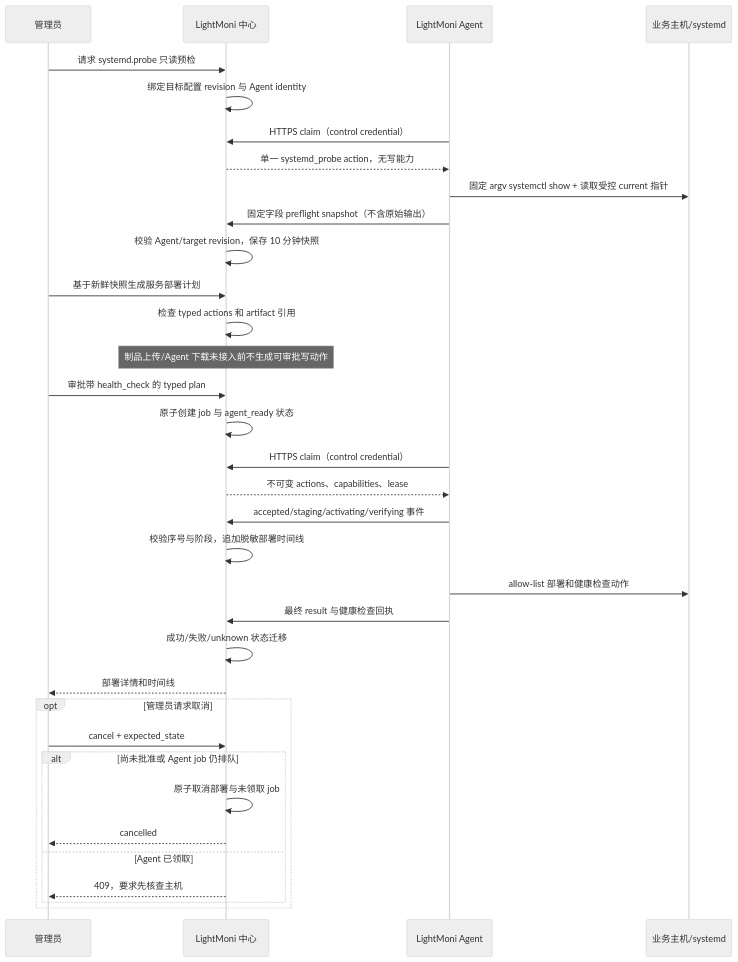
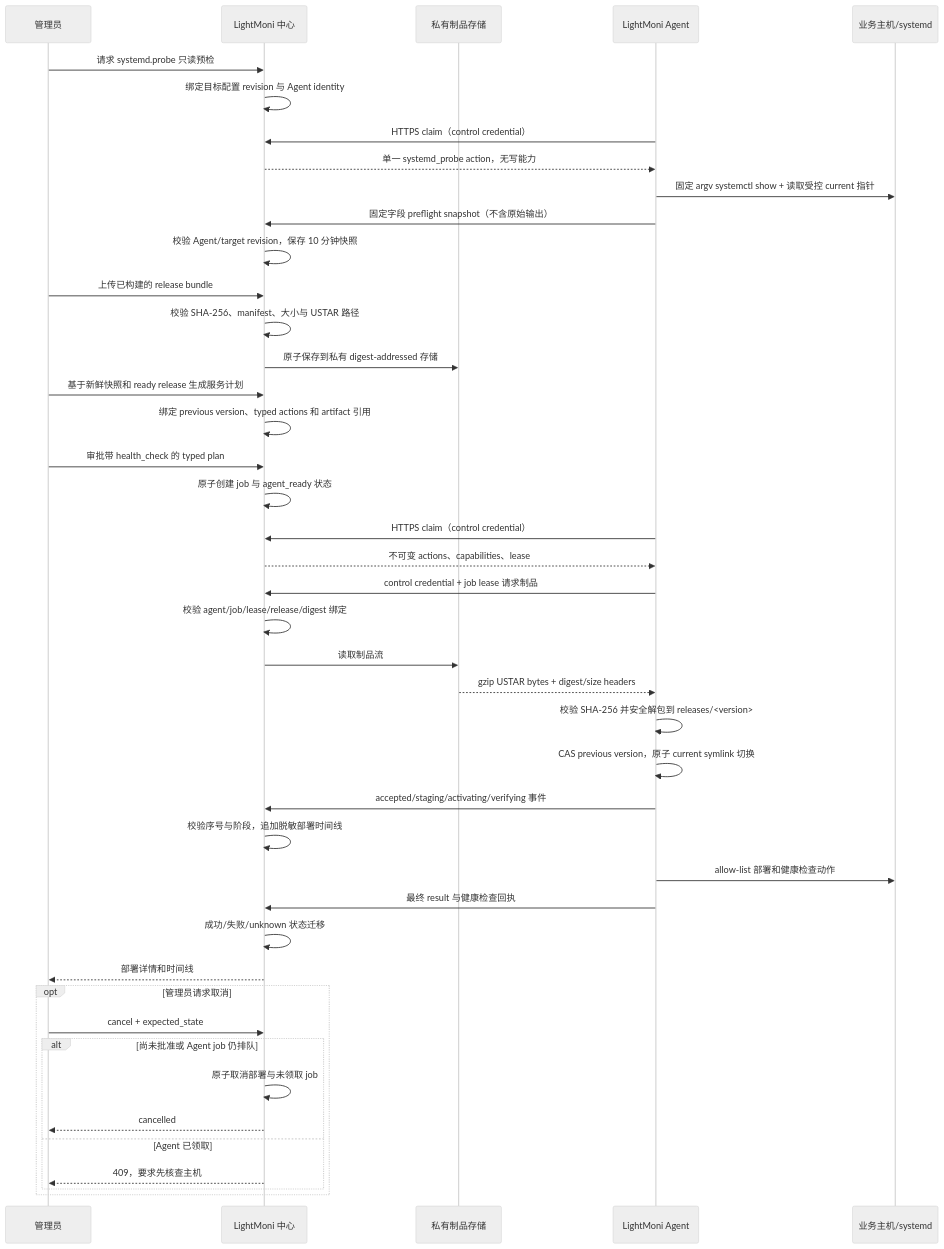
The third of 5 diagrams in docs/system-design.md (workhold/lightmoni), drawn with Mermaid (neutral theme) before and after one commit. The commit also changed other lines of this file and 27 other files, not shown here.

````diff
--- a/docs/system-design.md
+++ b/docs/system-design.md
@@ -221,36 +221,45 @@
 ```mermaid
 sequenceDiagram
   participant Admin as 管理员
   participant Center as LightMoni 中心
+  participant Artifact as 私有制品存储
   participant Agent as LightMoni Agent
   participant Host as 业务主机/systemd
   Admin->>Center: 请求 systemd.probe 只读预检
   Center->>Center: 绑定目标配置 revision 与 Agent identity
   Agent->>Center: HTTPS claim（control credential）
   Center-->>Agent: 单一 systemd_probe action，无写能力
   Agent->>Host: 固定 argv systemctl show + 读取受控 current 指针
   Agent->>Center: 固定字段 preflight snapshot（不含原始输出）
   Center->>Center: 校验 Agent/target revision，保存 10 分钟快照
-  Admin->>Center: 基于新鲜快照生成服务部署计划
-  Center->>Center: 检查 typed actions 和 artifact 引用
-  Note over Center: 制品上传/Agent 下载未接入前不生成可审批写动作
+  Admin->>Center: 上传已构建的 release bundle
+  Center->>Center: 校验 SHA-256、manifest、大小与 USTAR 路径
+  Center->>Artifact: 原子保存到私有 digest-addressed 存储
+  Admin->>Center: 基于新鲜快照和 ready release 生成服务计划
+  Center->>Center: 绑定 previous version、typed actions 和 artifact 引用
   Admin->>Center: 审批带 health_check 的 typed plan
   Center->>Center: 原子创建 job 与 agent_ready 状态
   Agent->>Center: HTTPS claim（control credential）
   Center-->>Agent: 不可变 actions、capabilities、lease
+  Agent->>Center: control credential + job lease 请求制品
+  Center->>Center: 校验 agent/job/lease/release/digest 绑定
+  Center->>Artifact: 读取制品流
+  Artifact-->>Agent: gzip USTAR bytes + digest/size headers
+  Agent->>Agent: 校验 SHA-256 并安全解包到 releases/<version>
+  Agent->>Agent: CAS previous version，原子 current symlink 切换
   Agent->>Center: accepted/staging/activating/verifying 事件
   Center->>Center: 校验序号与阶段，追加脱敏部署时间线
   Agent->>Host: allow-list 部署和健康检查动作
   Agent->>Center: 最终 result 与健康检查回执
   Center->>Center: 成功/失败/unknown 状态迁移
   Center-->>Admin: 部署详情和时间线
   opt 管理员请求取消
     Admin->>Center: cancel + expected_state
     alt 尚未批准或 Agent job 仍排队
       Center->>Center: 原子取消部署与未领取 job
       Center-->>Admin: cancelled
     else Agent 已领取
       Center-->>Admin: 409，要求先核查主机
     end
   end
 ```
````
